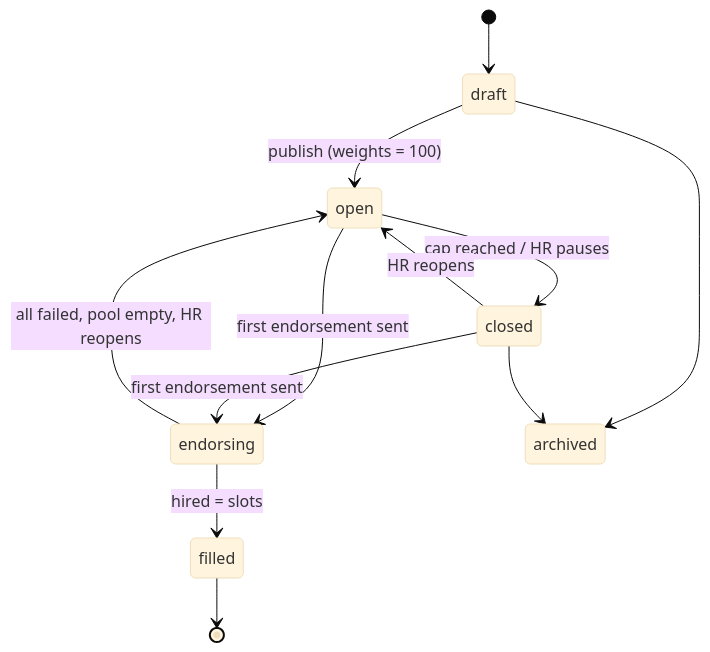
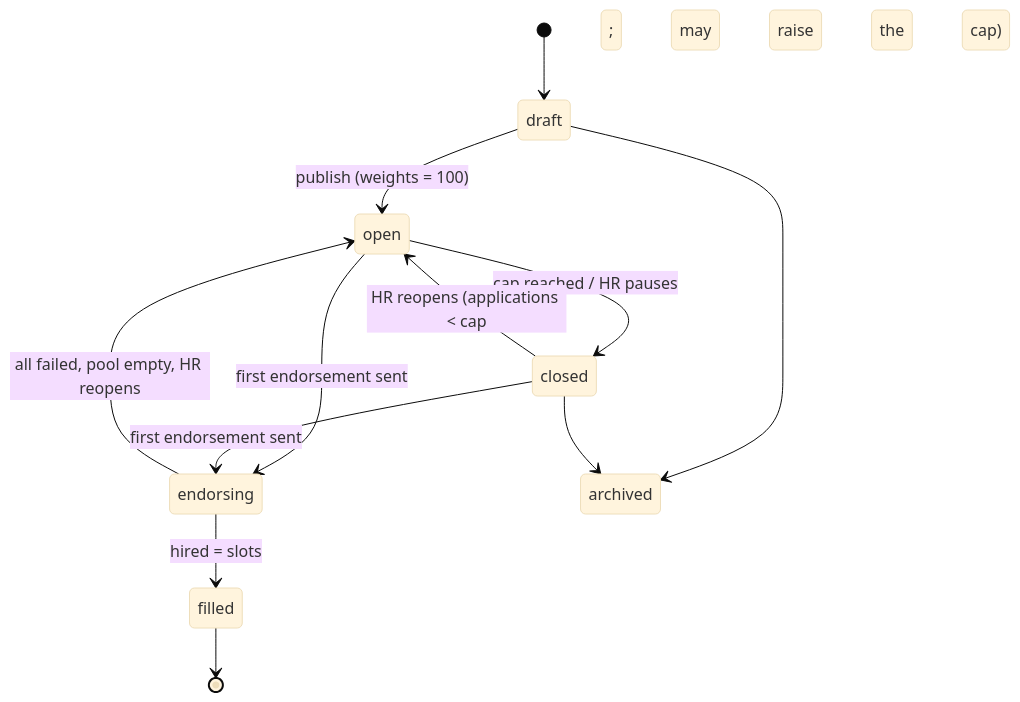
The sixth of 6 diagrams in docs/APP_FLOW.md (Aenyxxx/VERA), drawn with Mermaid (base theme) before and after one commit. The commit also changed 30 other files, not shown here.

````diff
--- a/docs/APP_FLOW.md
+++ b/docs/APP_FLOW.md
@@ -205,14 +205,14 @@
 ```mermaid
 stateDiagram-v2
   [*] --> draft
   draft --> open: publish (weights = 100)
   open --> closed: cap reached / HR pauses
-  closed --> open: HR reopens
+  closed --> open: HR reopens (applications < cap; may raise the cap)
   open --> endorsing: first endorsement sent
   closed --> endorsing: first endorsement sent
   endorsing --> filled: hired = slots
   endorsing --> open: all failed, pool empty, HR reopens
   filled --> [*]
   draft --> archived
   closed --> archived
 ```
````
